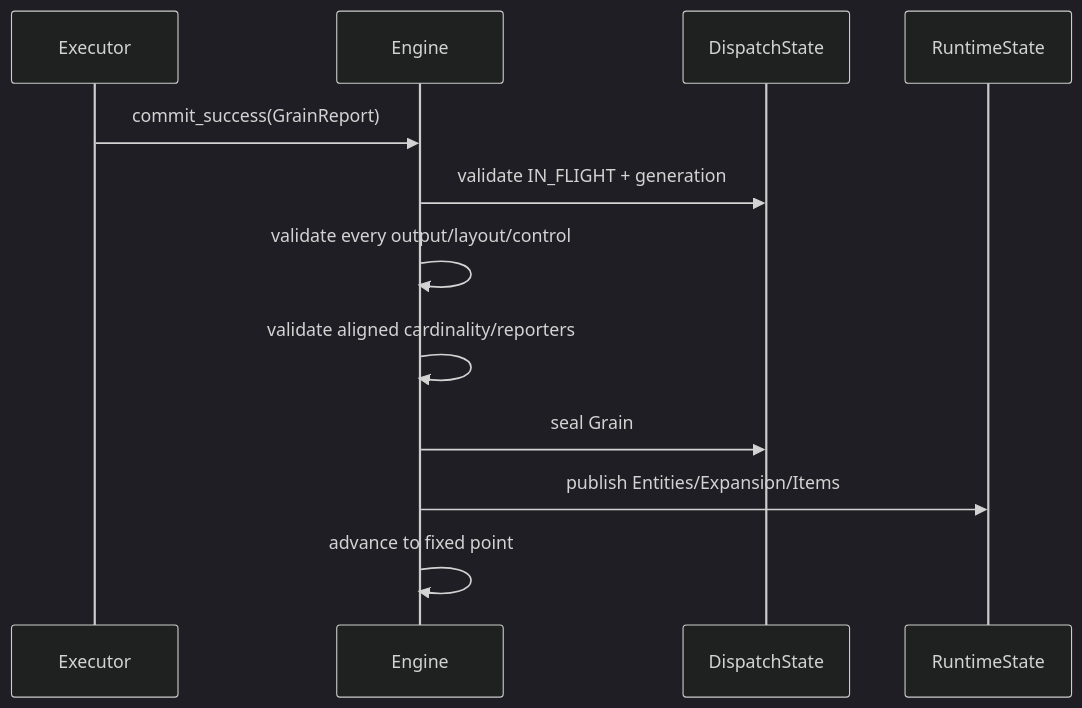
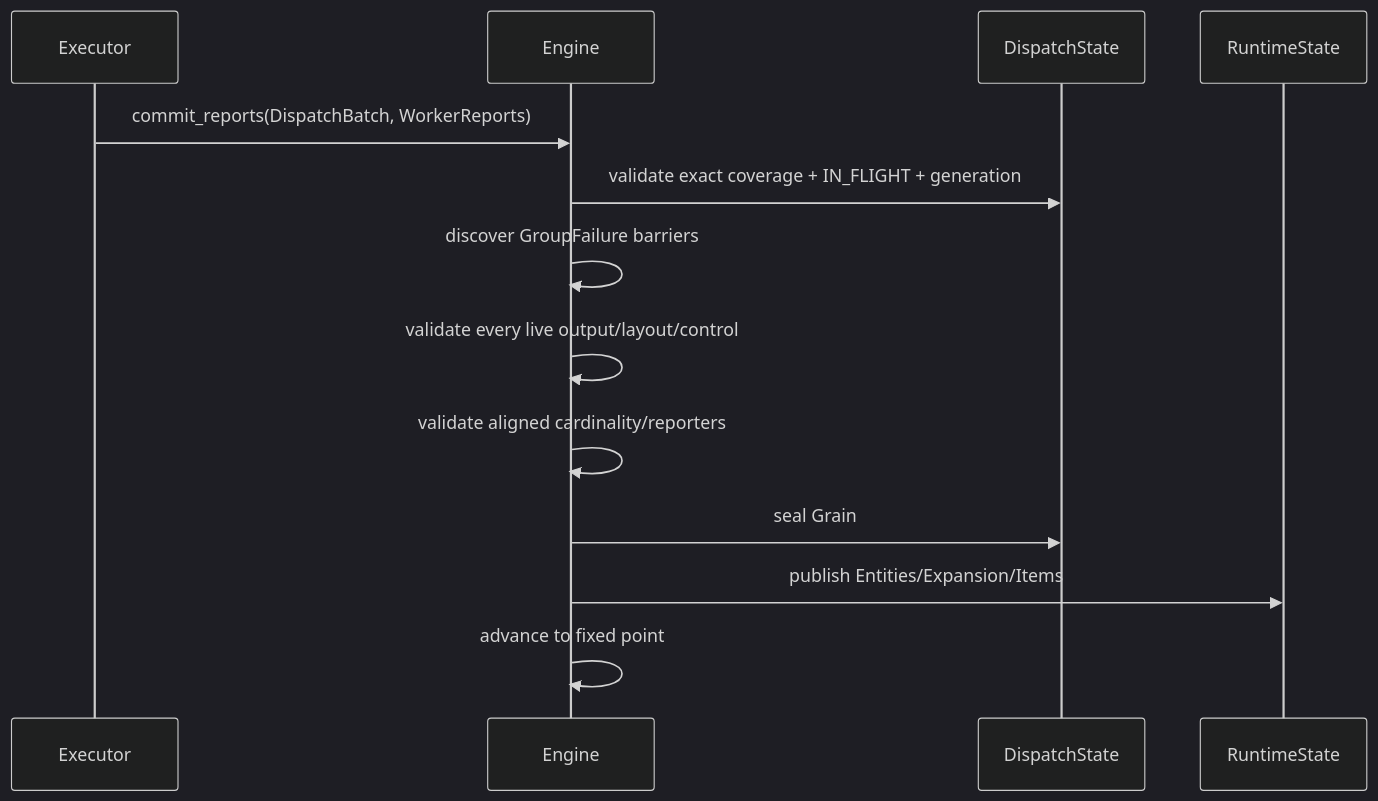
Before and after one commit to OpenDCAI/RayOrch: the third of 4 diagrams in docs/multigrain_v3_6_walkthrough/03_runtime_engine.md, drawn with Mermaid (dark theme). The commit also changed other lines of this file and 31 other files, not shown here.

Commit message:
docs(v3.6): publish bilingual architecture guides

````diff
--- a/docs/multigrain_v3_6_walkthrough/03_runtime_engine.md
+++ b/docs/multigrain_v3_6_walkthrough/03_runtime_engine.md
@@ -327,15 +346,16 @@
 ```mermaid
 sequenceDiagram
     participant X as Executor
     participant E as Engine
     participant D as DispatchState
     participant S as RuntimeState
 
-    X->>E: commit_success(GrainReport)
-    E->>D: validate IN_FLIGHT + generation
-    E->>E: validate every output/layout/control
+    X->>E: commit_reports(DispatchBatch, WorkerReports)
+    E->>D: validate exact coverage + IN_FLIGHT + generation
+    E->>E: discover GroupFailure barriers
+    E->>E: validate every live output/layout/control
     E->>E: validate aligned cardinality/reporters
     E->>D: seal Grain
     E->>S: publish Entities/Expansion/Items
     E->>E: advance to fixed point
 ```
````
